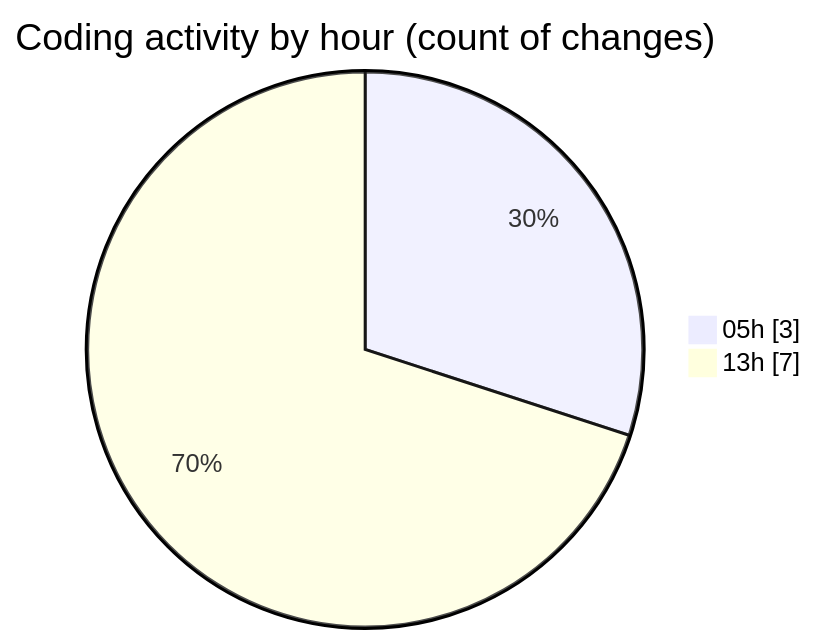
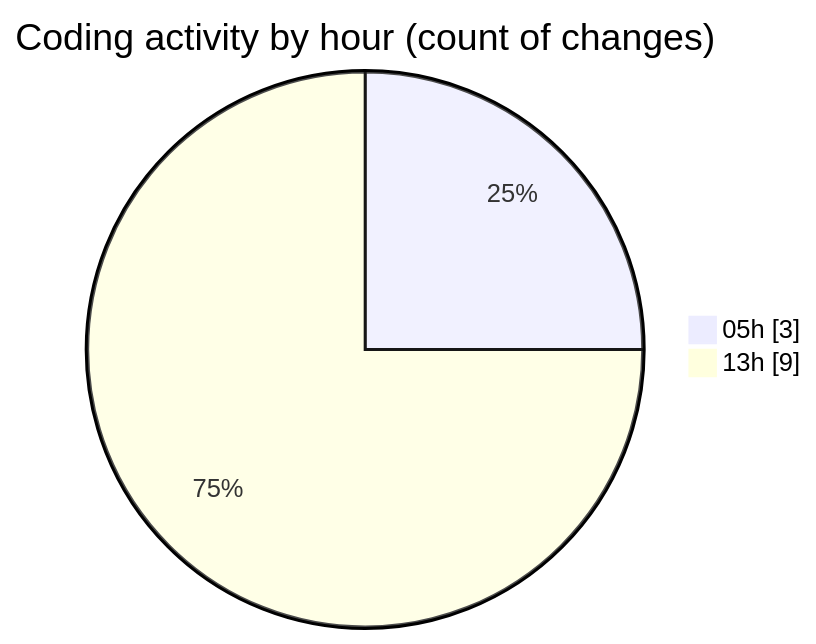
The second of 2 diagrams in 2026-07-11/untitled__workspace_/README.md (shibass792/code-tracking), drawn with Mermaid before and after one commit. The commit also changed other lines of this file and 1 other file, not shown here.

````diff
--- a/2026-07-11/untitled__workspace_/README.md
+++ b/2026-07-11/untitled__workspace_/README.md
@@ -28,6 +28,6 @@
 ```mermaid
 pie showData
 title Coding activity by hour (count of changes)
 "05h" : 3
-"13h" : 7
+"13h" : 9
 ```
````
